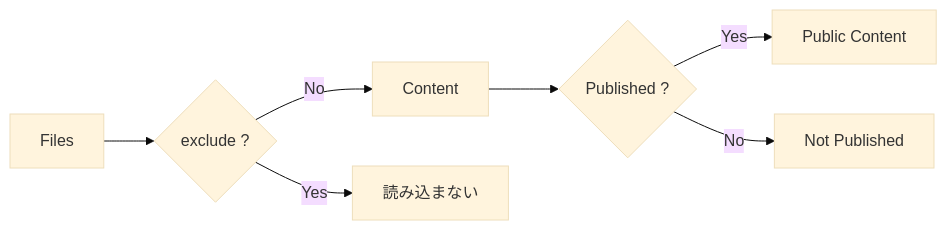
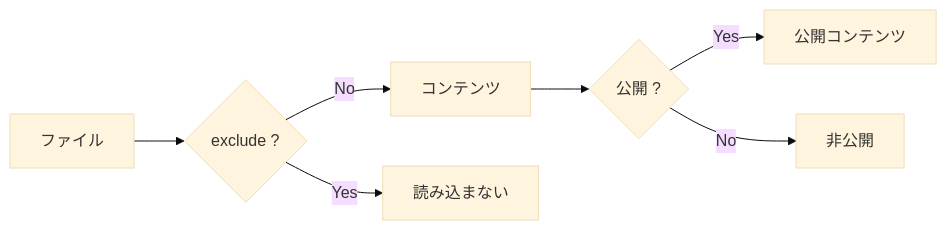
The diagram in docs/docs/reference/configuration/content.ja.md (Rerurate514/riebeckite), drawn with Mermaid (base theme) before and after one commit. The commit also changed other lines of this file and 310 other files, not shown here.

````diff
--- a/docs/docs/reference/configuration/content.ja.md
+++ b/docs/docs/reference/configuration/content.ja.md
@@ -91,16 +89,16 @@
 ```mermaid id="1t5jnq"
 flowchart LR
-    Files["Files"]
+    Files["ファイル"]
     Exclude{"exclude ?"}
-    Content["Content"]
-    Publish{"Published ?"}
-    Public["Public Content"]
-    Private["Not Published"]
+    Content["コンテンツ"]
+    Publish{"公開 ?"}
+    Public["公開コンテンツ"]
+    Private["非公開"]
 
     Files --> Exclude
     Exclude -->|Yes| Skip["読み込まない"]
     Exclude -->|No| Content
     Content --> Publish
     Publish -->|Yes| Public
     Publish -->|No| Private
 ```
````
